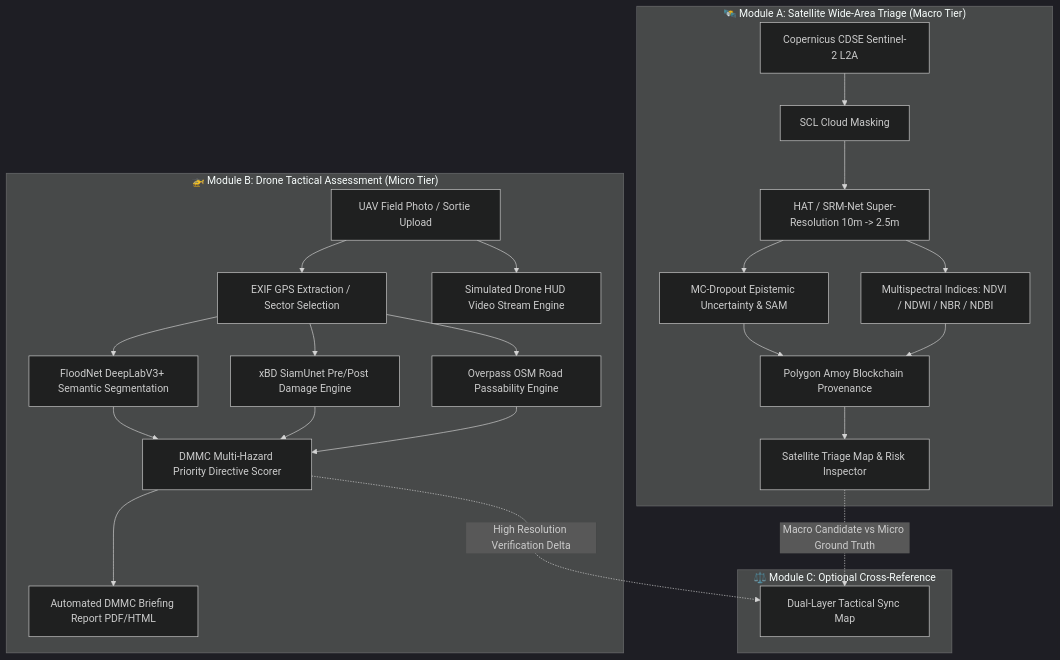
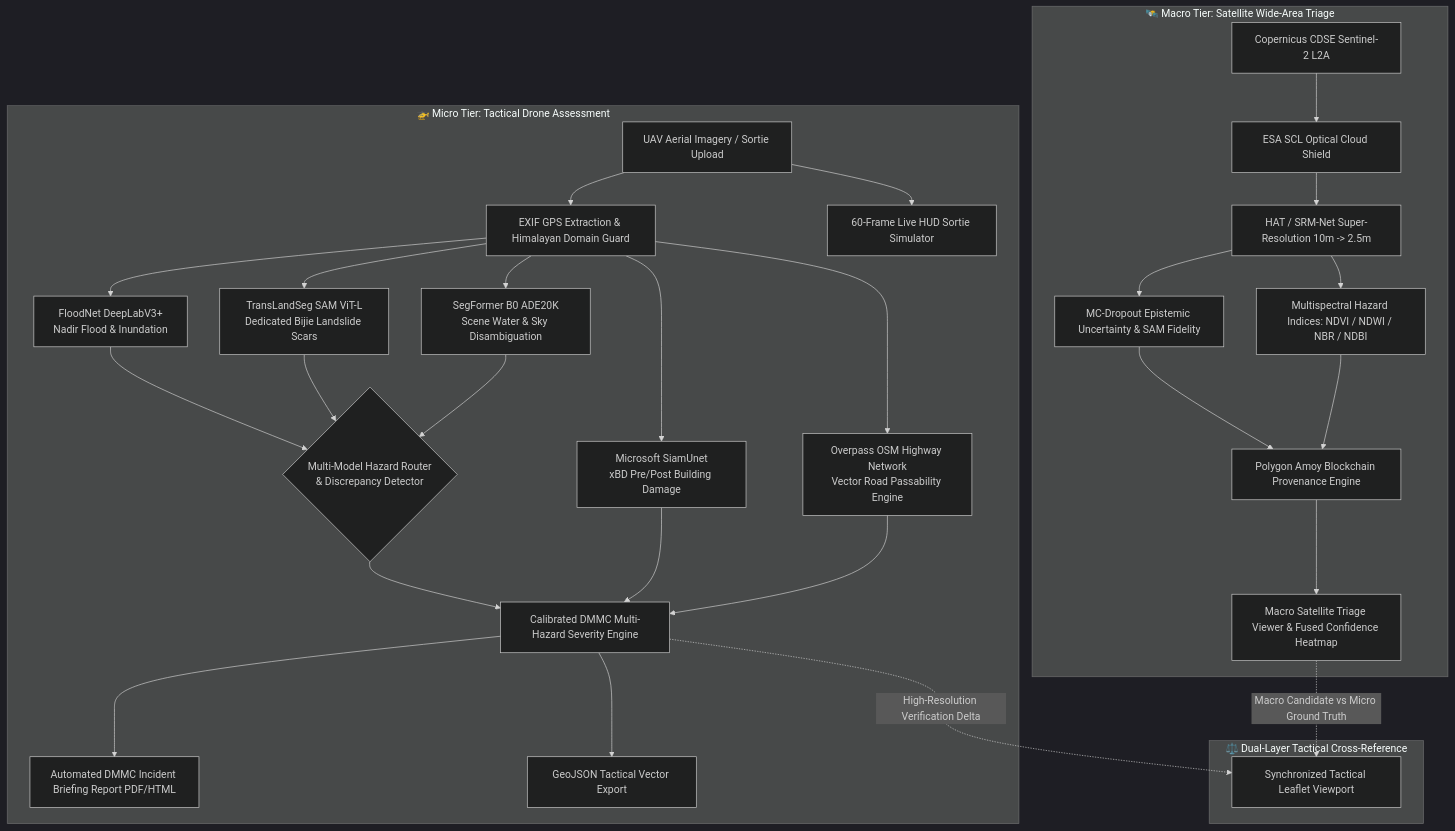
One commit to ankush850/UKIS---2K26- changed the first of 2 diagrams in README.md. Above: the diagram before and after it, drawn with Mermaid (dark theme). The commit also changed other lines of this file and 15 other files, not shown here.

Commit message:
docs: update system documentation, architecture guides, and mathematical derivations

````diff
--- a/README.md
+++ b/README.md
@@ -69,26 +86,34 @@
 ```mermaid
 flowchart TD
-    subgraph SATELLITE_MODULE["🛰️ Module A: Satellite Wide-Area Triage (Macro Tier)"]
-        A1[Copernicus CDSE Sentinel-2 L2A] --> A2[SCL Cloud Masking]
+    subgraph SATELLITE_MODULE["🛰️ Macro Tier: Satellite Wide-Area Triage"]
+        A1[Copernicus CDSE Sentinel-2 L2A] --> A2[ESA SCL Optical Cloud Shield]
         A2 --> A3[HAT / SRM-Net Super-Resolution 10m -> 2.5m]
-        A3 --> A4[MC-Dropout Epistemic Uncertainty & SAM]
-        A3 --> A5[Multispectral Indices: NDVI / NDWI / NBR / NDBI]
-        A4 & A5 --> A6[Polygon Amoy Blockchain Provenance]
-        A6 --> A7[Satellite Triage Map & Risk Inspector]
+        A3 --> A4[MC-Dropout Epistemic Uncertainty & SAM Fidelity]
+        A3 --> A5[Multispectral Hazard Indices: NDVI / NDWI / NBR / NDBI]
+        A4 & A5 --> A6[Polygon Amoy Blockchain Provenance Engine]
+        A6 --> A7[Macro Satellite Triage Viewer & Fused Confidence Heatmap]
     end
 
-    subgraph DRONE_MODULE["🚁 Module B: Drone Tactical Assessment (Micro Tier)"]
-        B1[UAV Field Photo / Sortie Upload] --> B2[EXIF GPS Extraction / Sector Selection]
-        B1 --> B3[Simulated Drone HUD Video Stream Engine]
-        B2 --> B4[FloodNet DeepLabV3+ Semantic Segmentation]
-        B2 --> B5[xBD SiamUnet Pre/Post Damage Engine]
-        B2 --> B6[Overpass OSM Road Passability Engine]
-        B4 & B5 & B6 --> B7[DMMC Multi-Hazard Priority Directive Scorer]
-        B7 --> B8[Automated DMMC Briefing Report PDF/HTML]
+    subgraph DRONE_MODULE["🚁 Micro Tier: Tactical Drone Assessment"]
+        B1[UAV Aerial Imagery / Sortie Upload] --> B2[EXIF GPS Extraction & Himalayan Domain Guard]
+        B1 --> B3[60-Frame Live HUD Sortie Simulator]
+        
+        B2 --> C1[FloodNet DeepLabV3+<br/>Nadir Flood & Inundation]
+        B2 --> C2[TransLandSeg SAM ViT-L<br/>Dedicated Bijie Landslide Scars]
+        B2 --> C3[SegFormer B0 ADE20K<br/>Scene Water & Sky Disambiguation]
+        
+        C1 & C2 & C3 --> C4{Multi-Model Hazard Router<br/>& Discrepancy Detector}
+        
+        B2 --> D1[Microsoft SiamUnet<br/>xBD Pre/Post Building Damage]
+        B2 --> D2[Overpass OSM Highway Network<br/>Vector Road Passability Engine]
+        
+        C4 & D1 & D2 --> E1[Calibrated DMMC Multi-Hazard Severity Engine]
+        E1 --> E2[Automated DMMC Incident Briefing Report PDF/HTML]
+        E1 --> E3[GeoJSON Tactical Vector Export]
     end
 
-    subgraph COMPARISON_VIEW["⚖️ Module C: Optional Cross-Reference"]
-        A7 -. Macro Candidate vs Micro Ground Truth .-> C1[Dual-Layer Tactical Sync Map]
-        B7 -. High Resolution Verification Delta .-> C1
+    subgraph CROSS_REFERENCE["⚖️ Dual-Layer Tactical Cross-Reference"]
+        A7 -. Macro Candidate vs Micro Ground Truth .-> CR1[Synchronized Tactical Leaflet Viewport]
+        E1 -. High-Resolution Verification Delta .-> CR1
     end
 ```
````
